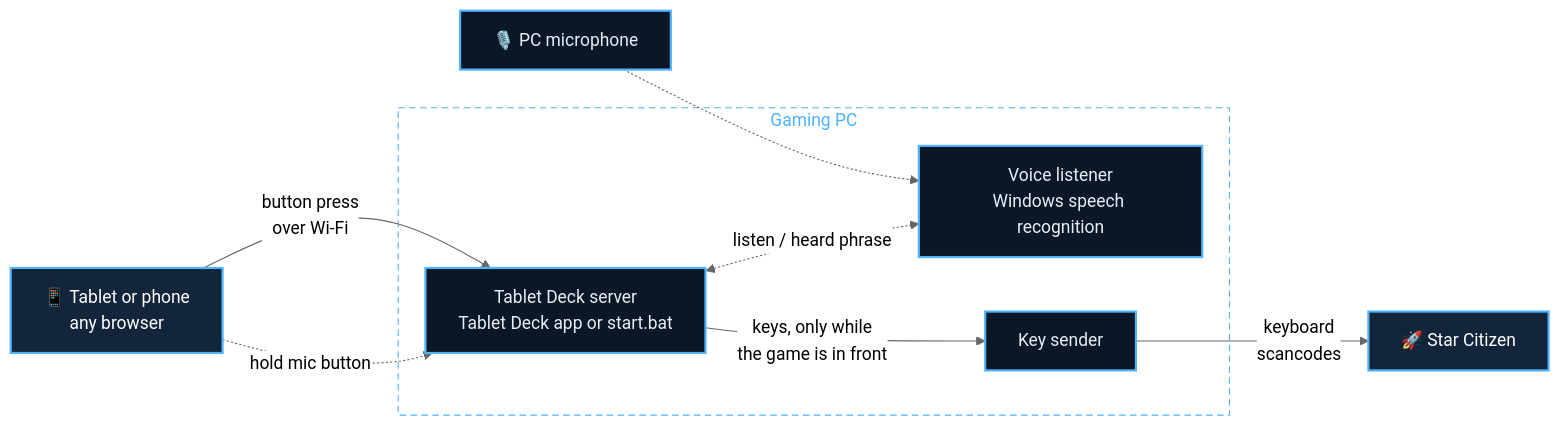
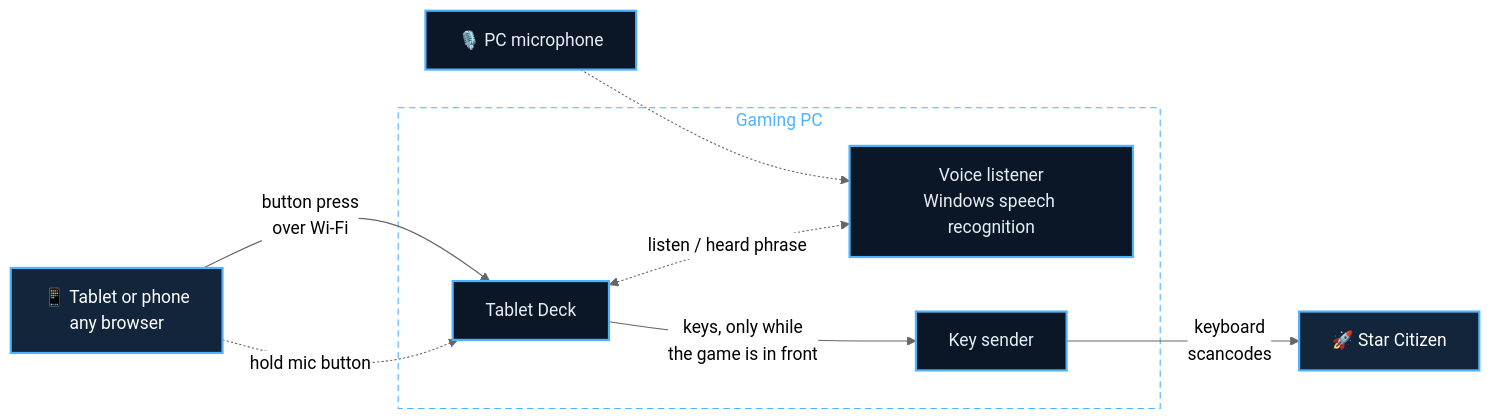
Before and after one commit to czy198912-ux/tablet-deck: the diagram in README.md, drawn with Mermaid (neutral theme). The commit also changed other lines of this file and 4 other files, not shown here.

````diff
--- a/README.md
+++ b/README.md
@@ -92,24 +323,24 @@
 ```mermaid
 flowchart LR
     tablet["📱 Tablet or phone<br/>any browser"]
     mic["🎙️ PC microphone"]
     subgraph pc["Gaming PC"]
-        server["Tablet Deck server<br/>Tablet Deck app or start.bat"]
+        server["Tablet Deck"]
         voice["Voice listener<br/>Windows speech recognition"]
         keys["Key sender"]
     end
     game["🚀 Star Citizen"]
 
     tablet -- "button press<br/>over Wi-Fi" --> server
     tablet -. "hold mic button" .-> server
     mic -.-> voice
     server <-. "listen / heard phrase" .-> voice
     server -- "keys, only while<br/>the game is in front" --> keys
     keys -- "keyboard<br/>scancodes" --> game
 
     classDef box fill:#0b1726,stroke:#4fb3ff,stroke-width:2px,color:#e8eef5
     classDef ends fill:#12253b,stroke:#4fb3ff,stroke-width:2px,color:#ffffff
     class server,voice,keys,mic box
     class tablet,game ends
     style pc fill:transparent,stroke:#4fb3ff,stroke-dasharray:6 4,color:#4fb3ff
 ```
````
